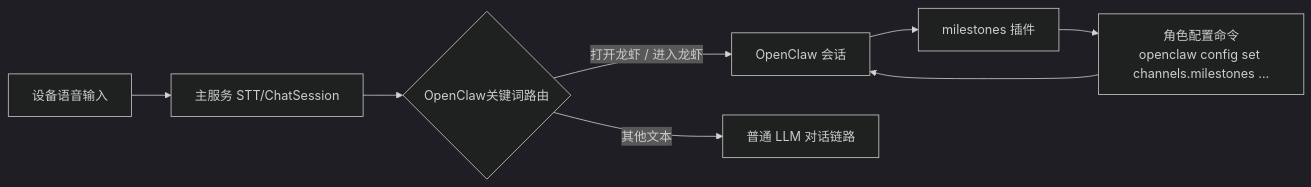
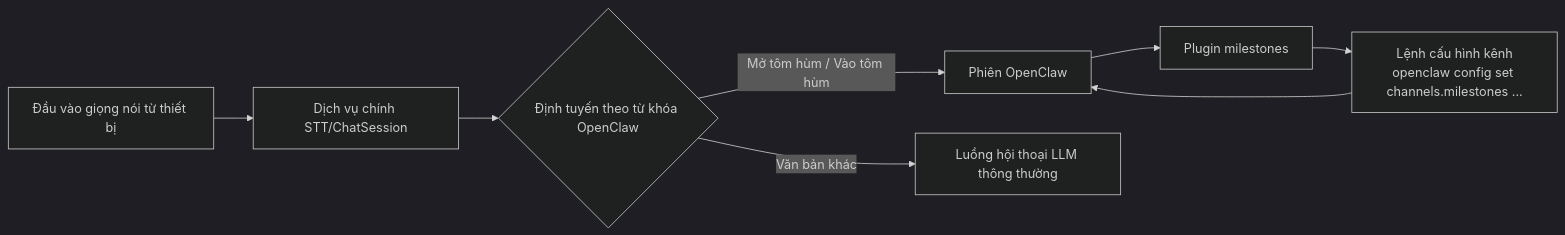
Before and after one commit to QuocTho228/milestones-esp32-server-golang: the diagram in doc/openclaw_integration.md, drawn with Mermaid (dark theme). The commit also changed other lines of this file and 50 other files, not shown here.

````diff
--- a/doc/openclaw_integration.md
+++ b/doc/openclaw_integration.md
@@ -5,10 +5,10 @@
 ```mermaid
 flowchart LR
-  Device[设备语音输入] --> ASR[主服务 STT/ChatSession]
-  ASR --> Route{OpenClaw关键词路由}
-  Route -- 打开龙虾 / 进入龙虾 --> OCSession[OpenClaw 会话]
-  Route -- 其他文本 --> LLM[普通 LLM 对话链路]
-  OCSession --> Plugin[milestones 插件]
-  Plugin --> ChannelCmd[角色配置命令<br/>openclaw config set channels.milestones ...]
+  Device[Đầu vào giọng nói từ thiết bị] --> ASR[Dịch vụ chính STT/ChatSession]
+  ASR --> Route{Định tuyến theo từ khóa OpenClaw}
+  Route -- "Mở tôm hùm / Vào tôm hùm" --> OCSession[Phiên OpenClaw]
+  Route -- Văn bản khác --> LLM[Luồng hội thoại LLM thông thường]
+  OCSession --> Plugin[Plugin milestones]
+  Plugin --> ChannelCmd[Lệnh cấu hình kênh<br/>openclaw config set channels.milestones ...]
   ChannelCmd --> OCSession
 ```
````
